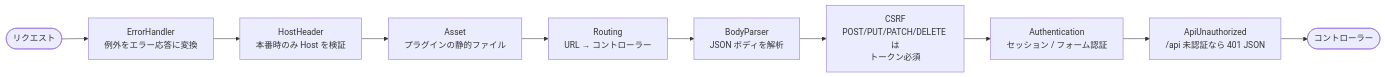
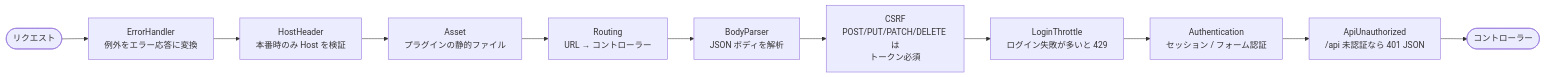
Before and after one commit to moritam/cakephp-test: the third of 10 diagrams in docs/ARCHITECTURE.md, drawn with Mermaid. The commit also changed other lines of this file and 6 other files, not shown here.

First line of the commit message:
Throttle failed login attempts

````diff
--- a/docs/ARCHITECTURE.md
+++ b/docs/ARCHITECTURE.md
@@ -69,12 +69,13 @@
 ```mermaid
 flowchart LR
     Req([リクエスト]) --> E["ErrorHandler<br/>例外をエラー応答に変換"]
     E --> H["HostHeader<br/>本番時のみ Host を検証"]
     H --> A["Asset<br/>プラグインの静的ファイル"]
     A --> R["Routing<br/>URL → コントローラー"]
     R --> BP["BodyParser<br/>JSON ボディを解析"]
     BP --> C["CSRF<br/>POST/PUT/PATCH/DELETE は<br/>トークン必須"]
-    C --> Au["Authentication<br/>セッション / フォーム認証"]
+    C --> LT["LoginThrottle<br/>ログイン失敗が多いと 429"]
+    LT --> Au["Authentication<br/>セッション / フォーム認証"]
     Au --> AU["ApiUnauthorized<br/>/api 未認証なら 401 JSON"]
     AU --> Ctrl([コントローラー])
 ```
````
